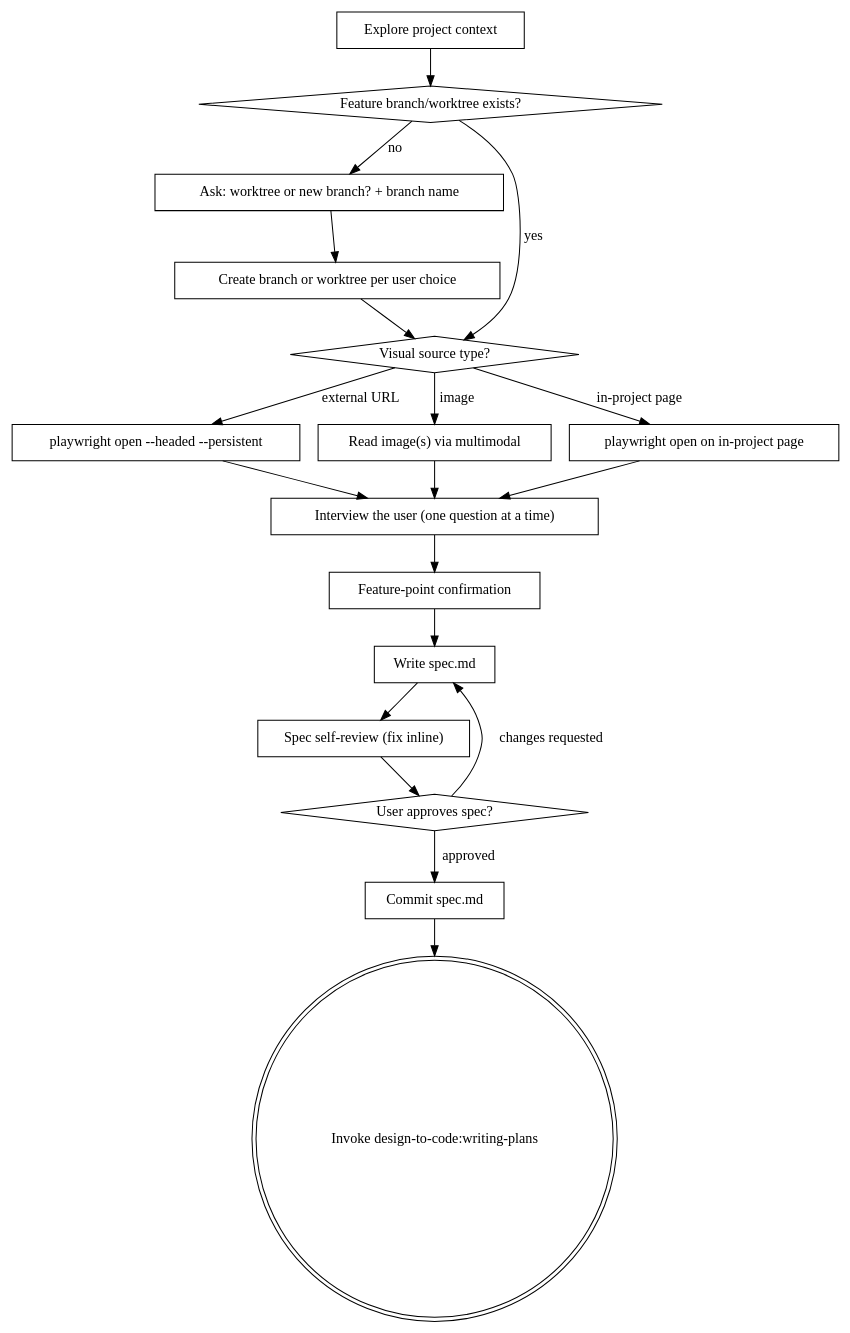
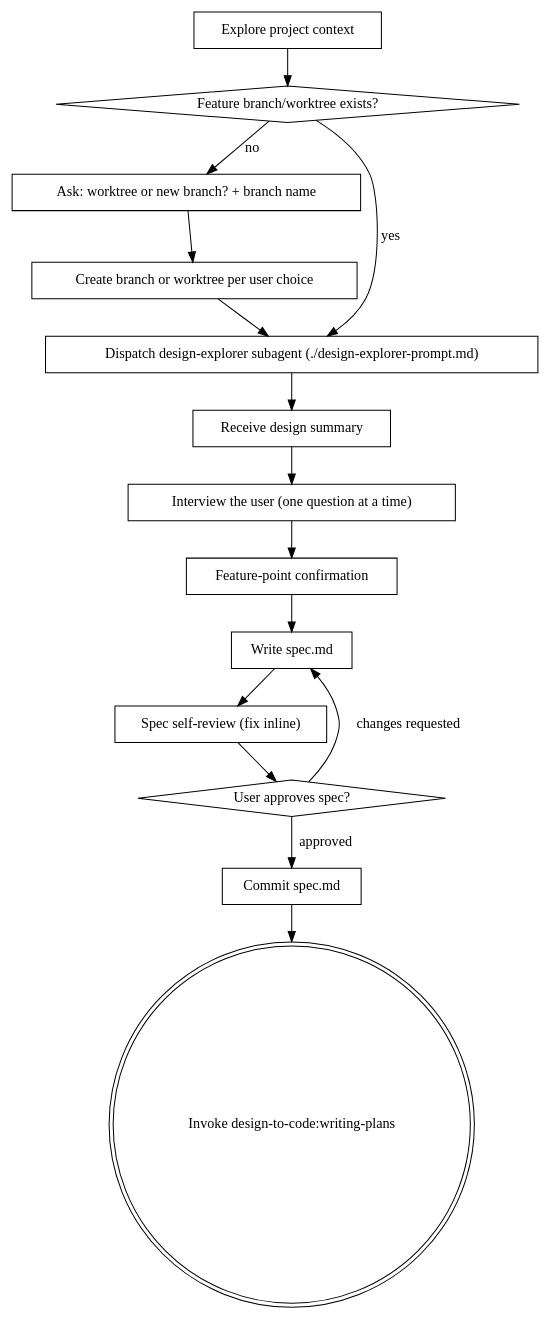
The diagram in skills/brainstorming-from-design/SKILL.md (zhangtianwei1998/design-to-code), drawn with Graphviz before and after one commit. The commit also changed other lines of this file and 8 other files, not shown here.

````diff
--- a/skills/brainstorming-from-design/SKILL.md
+++ b/skills/brainstorming-from-design/SKILL.md
@@ -70,38 +70,32 @@
 ```dot
 digraph brainstorming_from_design {
     "Explore project context" [shape=box];
     "Feature branch/worktree exists?" [shape=diamond];
     "Ask: worktree or new branch? + branch name" [shape=box];
     "Create branch or worktree per user choice" [shape=box];
-    "Visual source type?" [shape=diamond];
-    "playwright open --headed --persistent" [shape=box];
-    "Read image(s) via multimodal" [shape=box];
-    "playwright open on in-project page" [shape=box];
+    "Dispatch design-explorer subagent (./design-explorer-prompt.md)" [shape=box];
+    "Receive design summary" [shape=box];
     "Interview the user (one question at a time)" [shape=box];
     "Feature-point confirmation" [shape=box];
     "Write spec.md" [shape=box];
     "Spec self-review (fix inline)" [shape=box];
     "User approves spec?" [shape=diamond];
     "Commit spec.md" [shape=box];
     "Invoke design-to-code:writing-plans" [shape=doublecircle];
 
     "Explore project context" -> "Feature branch/worktree exists?";
     "Feature branch/worktree exists?" -> "Ask: worktree or new branch? + branch name" [label="no"];
-    "Feature branch/worktree exists?" -> "Visual source type?" [label="yes"];
+    "Feature branch/worktree exists?" -> "Dispatch design-explorer subagent (./design-explorer-prompt.md)" [label="yes"];
     "Ask: worktree or new branch? + branch name" -> "Create branch or worktree per user choice";
-    "Create branch or worktree per user choice" -> "Visual source type?";
-    "Visual source type?" -> "playwright open --headed --persistent" [label="external URL"];
-    "Visual source type?" -> "Read image(s) via multimodal" [label="image"];
-    "Visual source type?" -> "playwright open on in-project page" [label="in-project page"];
-    "playwright open --headed --persistent" -> "Interview the user (one question at a time)";
-    "Read image(s) via multimodal" -> "Interview the user (one question at a time)";
-    "playwright open on in-project page" -> "Interview the user (one question at a time)";
+    "Create branch or worktree per user choice" -> "Dispatch design-explorer subagent (./design-explorer-prompt.md)";
+    "Dispatch design-explorer subagent (./design-explorer-prompt.md)" -> "Receive design summary";
+    "Receive design summary" -> "Interview the user (one question at a time)";
     "Interview the user (one question at a time)" -> "Feature-point confirmation";
     "Feature-point confirmation" -> "Write spec.md";
     "Write spec.md" -> "Spec self-review (fix inline)";
     "Spec self-review (fix inline)" -> "User approves spec?";
     "User approves spec?" -> "Write spec.md" [label="changes requested"];
     "User approves spec?" -> "Commit spec.md" [label="approved"];
     "Commit spec.md" -> "Invoke design-to-code:writing-plans";
 }
 ```
````
